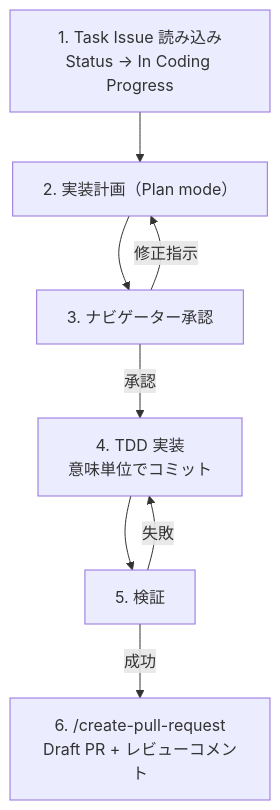
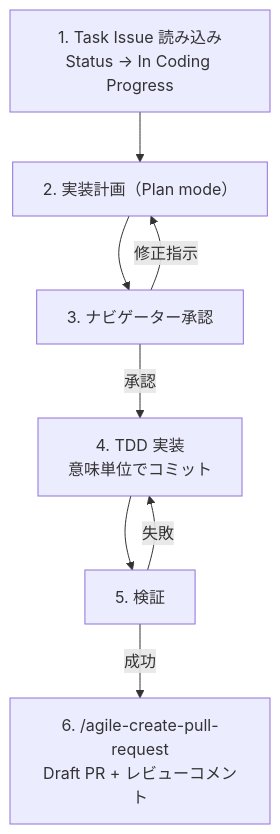
The diagram in skills/agile-task-implementation/SKILL.md (mrtry-lab/skills), drawn with Mermaid before and after one commit. The commit also changed other lines of this file and 10 other files, not shown here.

First line of the commit message:
refactor: prefix create-issue and create-pull-request with agile-

````diff
--- a/skills/agile-task-implementation/SKILL.md
+++ b/skills/agile-task-implementation/SKILL.md
@@ -26,15 +26,15 @@
 ```mermaid
 flowchart TB
   read["1. Task Issue 読み込み\nStatus → In Coding Progress"]
   plan["2. 実装計画（Plan mode）"]
   nav["3. ナビゲーター承認"]
   impl["4. TDD 実装\n意味単位でコミット"]
   verify["5. 検証"]
-  pr["6. /create-pull-request\nDraft PR + レビューコメント"]
+  pr["6. /agile-create-pull-request\nDraft PR + レビューコメント"]
 
   read --> plan --> nav
   nav -- "承認" --> impl --> verify
   nav -- "修正指示" --> plan
   verify -- "失敗" --> impl
   verify -- "成功" --> pr
 ```
````
